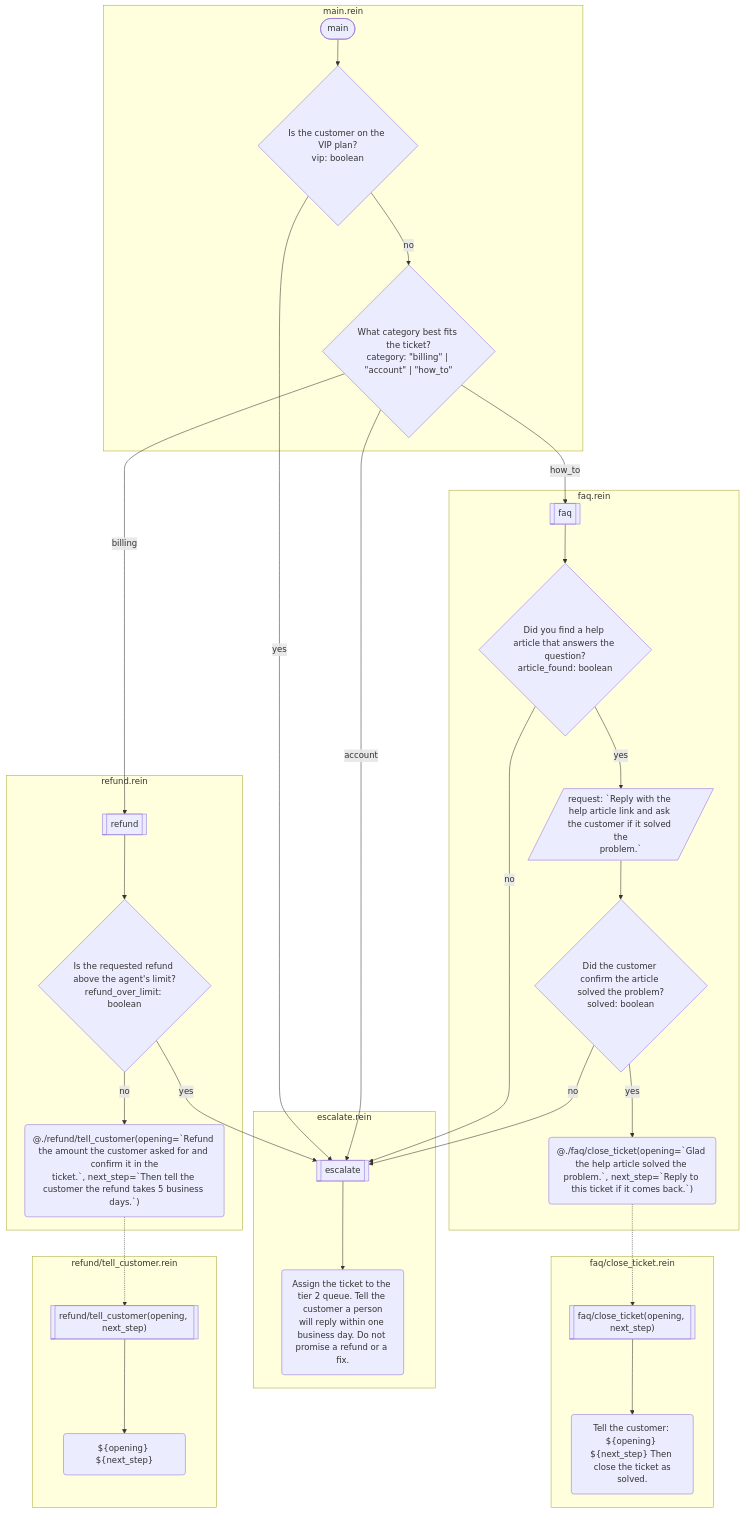
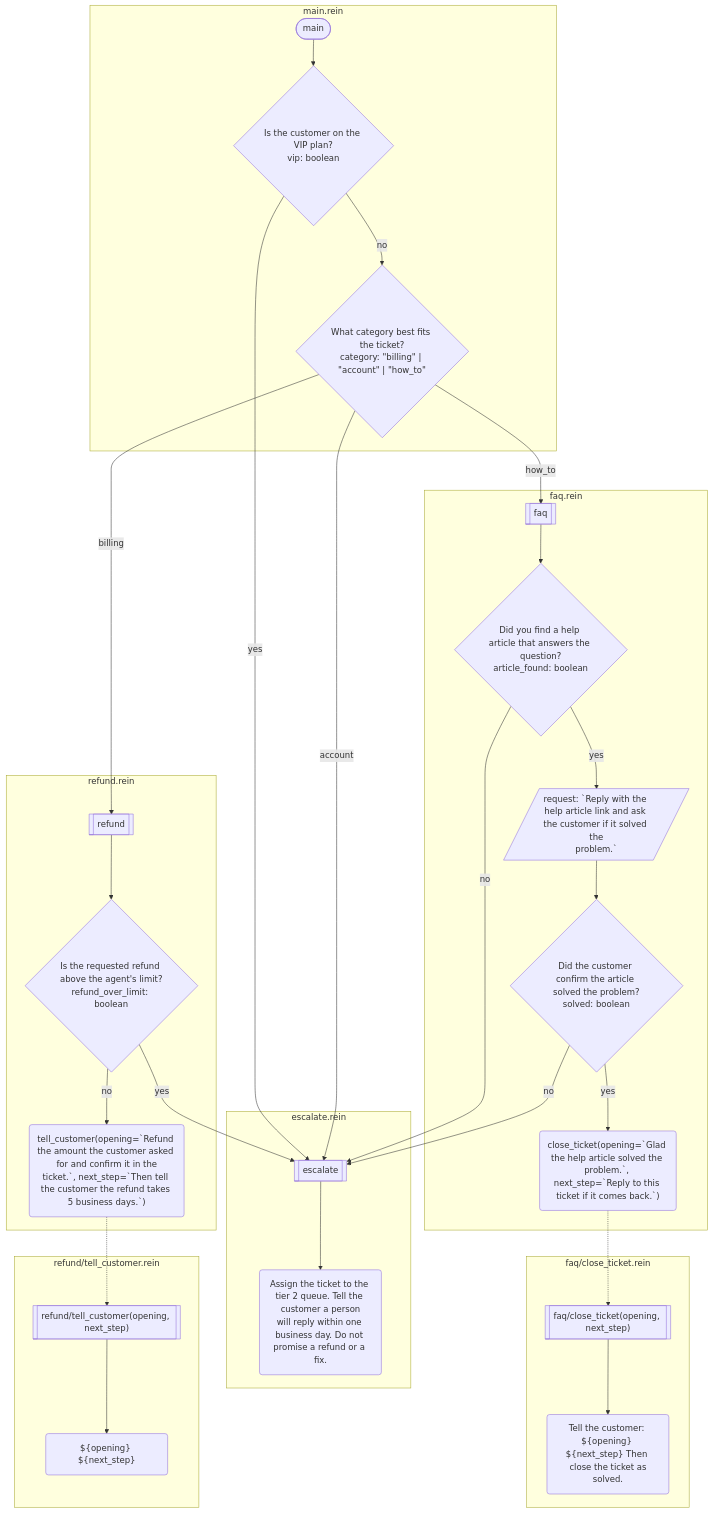
Before and after one commit to rein-lang/rein-lang.com: the diagram in docs/examples/support-ticket.md, drawn with Mermaid. The commit also changed 15 other files, not shown here.

````diff
--- a/docs/examples/support-ticket.md
+++ b/docs/examples/support-ticket.md
@@ -37,52 +37,52 @@
 ```mermaid
 flowchart TD
     subgraph s0 ["escalate.rein"]
         f0[["escalate"]]
         f0_0("Assign the ticket to the tier 2 queue. Tell the customer a person<br/>will reply within one business day. Do not promise a refund or a fix.")
     end
     subgraph s1 ["faq.rein"]
         f1[["faq"]]
         f1_0{"Did you find a help article that answers the question?<br/>article_found: boolean"}
         f1_1[/"request: ˋReply with the help article link and ask the customer if it solved the<br/>problem.ˋ"/]
         f1_2{"Did the customer confirm the article solved the problem?<br/>solved: boolean"}
-        f1_3("@./faq/close_ticket(opening=ˋGlad the help article solved the problem.ˋ, next_step=ˋReply to this ticket if it comes back.ˋ)")
+        f1_3("close_ticket(opening=ˋGlad the help article solved the problem.ˋ, next_step=ˋReply to this ticket if it comes back.ˋ)")
     end
     subgraph s2 ["faq/close_ticket.rein"]
         f2[["faq/close_ticket(opening, next_step)"]]
         f2_0("Tell the customer: ${opening} ${next_step} Then close the ticket as<br/>solved.")
     end
     subgraph s3 ["main.rein"]
         f3(["main"])
         f3_0{"Is the customer on the VIP plan?<br/>vip: boolean"}
         f3_1{"What category best fits the ticket?<br/>category: #quot;billing#quot; | #quot;account#quot; | #quot;how_to#quot;"}
     end
     subgraph s4 ["refund.rein"]
         f4[["refund"]]
         f4_0{"Is the requested refund above the agent's limit?<br/>refund_over_limit: boolean"}
-        f4_1("@./refund/tell_customer(opening=ˋRefund the amount the customer asked for and confirm it in the<br/>ticket.ˋ, next_step=ˋThen tell the customer the refund takes 5 business days.ˋ)")
+        f4_1("tell_customer(opening=ˋRefund the amount the customer asked for and confirm it in the<br/>ticket.ˋ, next_step=ˋThen tell the customer the refund takes 5 business days.ˋ)")
     end
     subgraph s5 ["refund/tell_customer.rein"]
         f5[["refund/tell_customer(opening, next_step)"]]
         f5_0("${opening} ${next_step}")
     end
     f0 --> f0_0
     f1 --> f1_0
     f1_0 -->|"no"| f0
     f1_0 -->|"yes"| f1_1
     f1_1 --> f1_2
     f1_2 -->|"yes"| f1_3
     f1_3 -.-> f2
     f1_2 -->|"no"| f0
     f2 --> f2_0
     f3 --> f3_0
     f3_0 -->|"yes"| f0
     f3_0 -->|"no"| f3_1
     f3_1 -->|"billing"| f4
     f3_1 -->|"account"| f0
     f3_1 -->|"how_to"| f1
     f4 --> f4_0
     f4_0 -->|"yes"| f0
     f4_0 -->|"no"| f4_1
     f4_1 -.-> f5
     f5 --> f5_0
 ```
````
